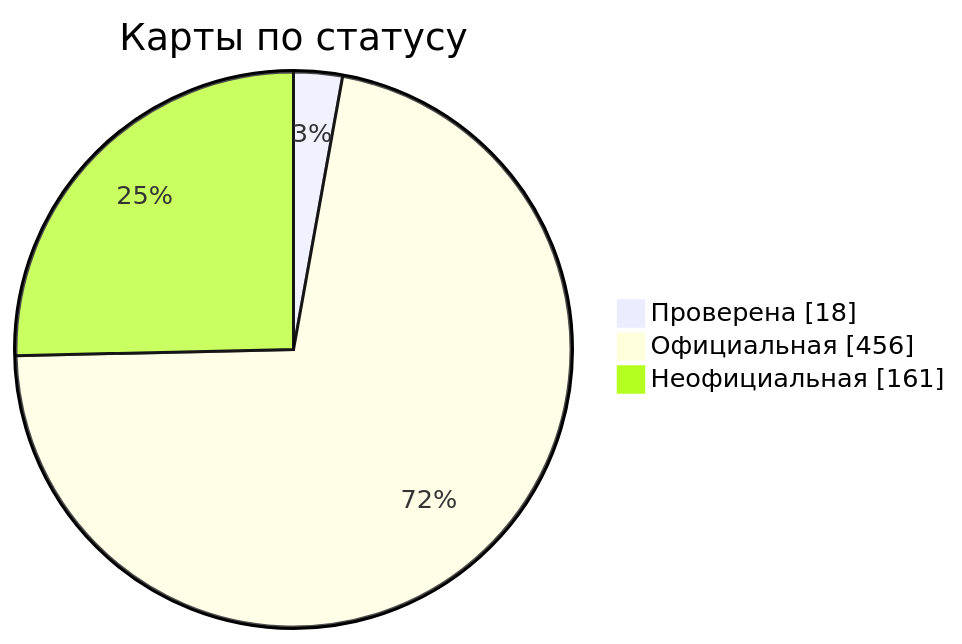
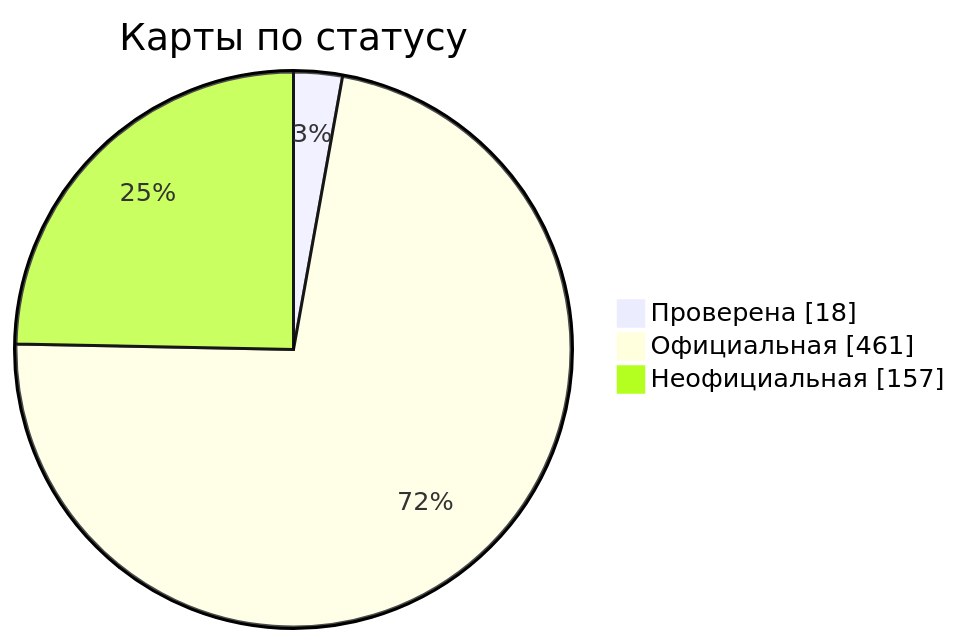
The diagram in docs/readme/README_RU.md (nobrega8/mbmap-library), drawn with Mermaid before and after one commit. The commit also changed 10 other files, not shown here.

````diff
--- a/docs/readme/README_RU.md
+++ b/docs/readme/README_RU.md
@@ -54,7 +54,7 @@
 ```mermaid
 pie showData
     title Карты по статусу
     "Проверена" : 18
-    "Официальная" : 456
-    "Неофициальная" : 161
+    "Официальная" : 461
+    "Неофициальная" : 157
 ```
````
